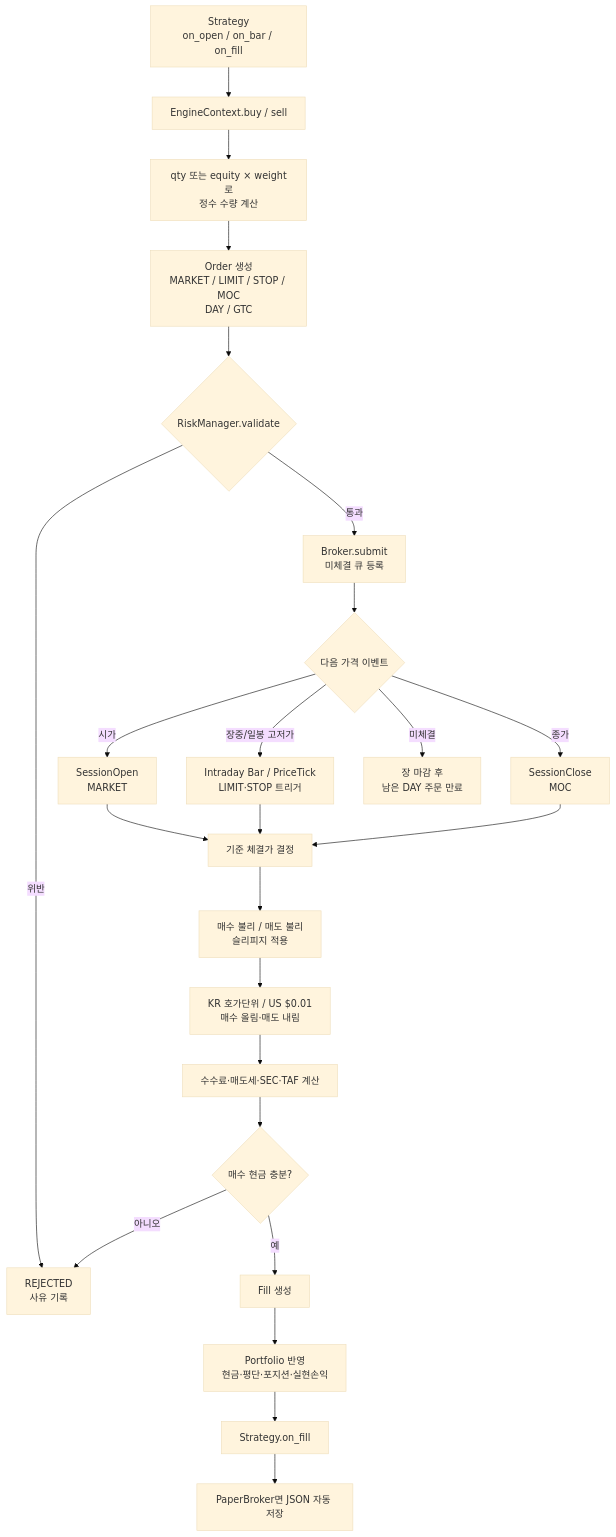
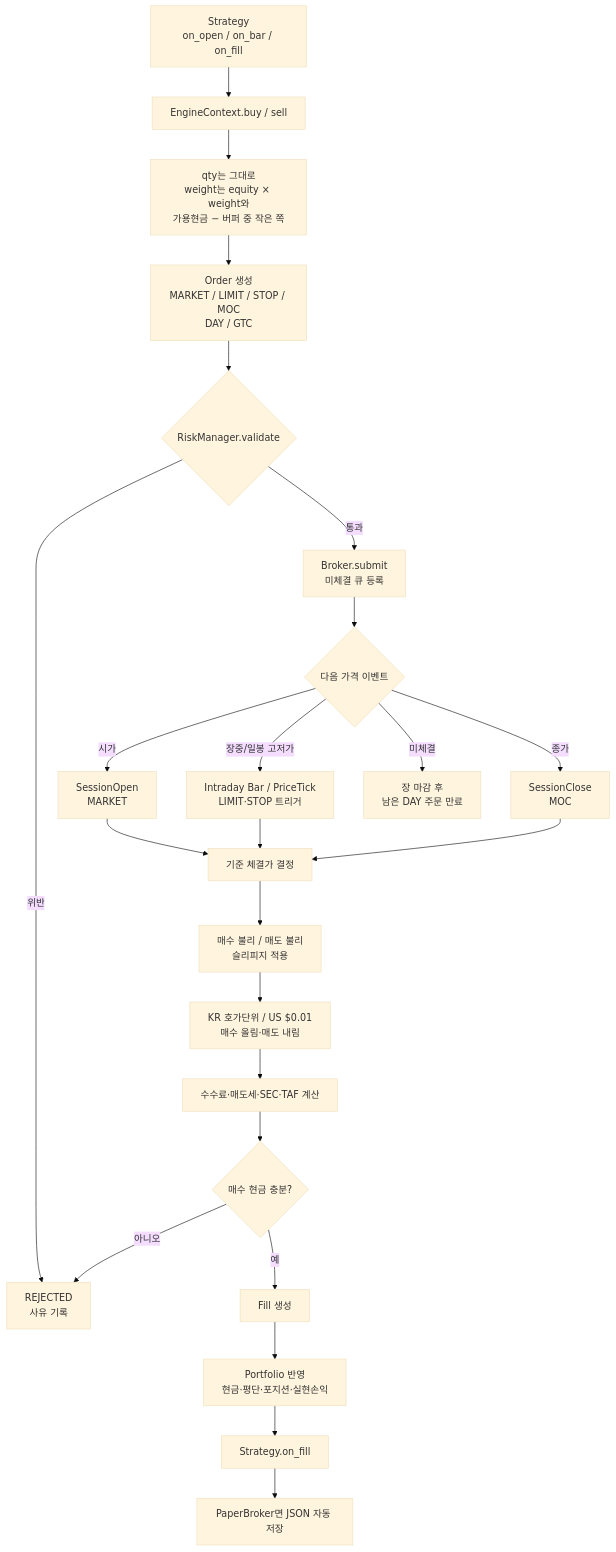
The fifth of 5 diagrams in docs/architecture.md (kjw413/trading-bot), drawn with Mermaid (base theme) before and after one commit. The commit also changed other lines of this file and 3 other files, not shown here.

````diff
--- a/docs/architecture.md
+++ b/docs/architecture.md
@@ -275,35 +275,35 @@
 ```mermaid
 flowchart TD
     Signal["Strategy<br/>on_open / on_bar / on_fill"]
     Context["EngineContext.buy / sell"]
-    Qty["qty 또는 equity × weight로<br/>정수 수량 계산"]
+    Qty["qty는 그대로<br/>weight는 equity × weight와<br/>가용현금 − 버퍼 중 작은 쪽"]
     Order["Order 생성<br/>MARKET / LIMIT / STOP / MOC<br/>DAY / GTC"]
     Risk{"RiskManager.validate"}
     Rejected["REJECTED<br/>사유 기록"]
     Submit["Broker.submit<br/>미체결 큐 등록"]
     Event{"다음 가격 이벤트"}
     Open["SessionOpen<br/>MARKET"]
     Intra["Intraday Bar / PriceTick<br/>LIMIT·STOP 트리거"]
     Close["SessionClose<br/>MOC"]
     Expire["장 마감 후<br/>남은 DAY 주문 만료"]
     Price["기준 체결가 결정"]
     Slip["매수 불리 / 매도 불리<br/>슬리피지 적용"]
     Tick["KR 호가단위 / US $0.01<br/>매수 올림·매도 내림"]
     Fee["수수료·매도세·SEC·TAF 계산"]
     Cash{"매수 현금 충분?"}
     Fill["Fill 생성"]
     Portfolio["Portfolio 반영<br/>현금·평단·포지션·실현손익"]
     Callback["Strategy.on_fill"]
     Persist["PaperBroker면 JSON 자동 저장"]
 
     Signal --> Context --> Qty --> Order --> Risk
     Risk -- "위반" --> Rejected
     Risk -- "통과" --> Submit --> Event
     Event -- "시가" --> Open --> Price
     Event -- "장중/일봉 고저가" --> Intra --> Price
     Event -- "종가" --> Close --> Price
     Event -- "미체결" --> Expire
     Price --> Slip --> Tick --> Fee --> Cash
     Cash -- "아니오" --> Rejected
     Cash -- "예" --> Fill --> Portfolio --> Callback --> Persist
 ```
````
